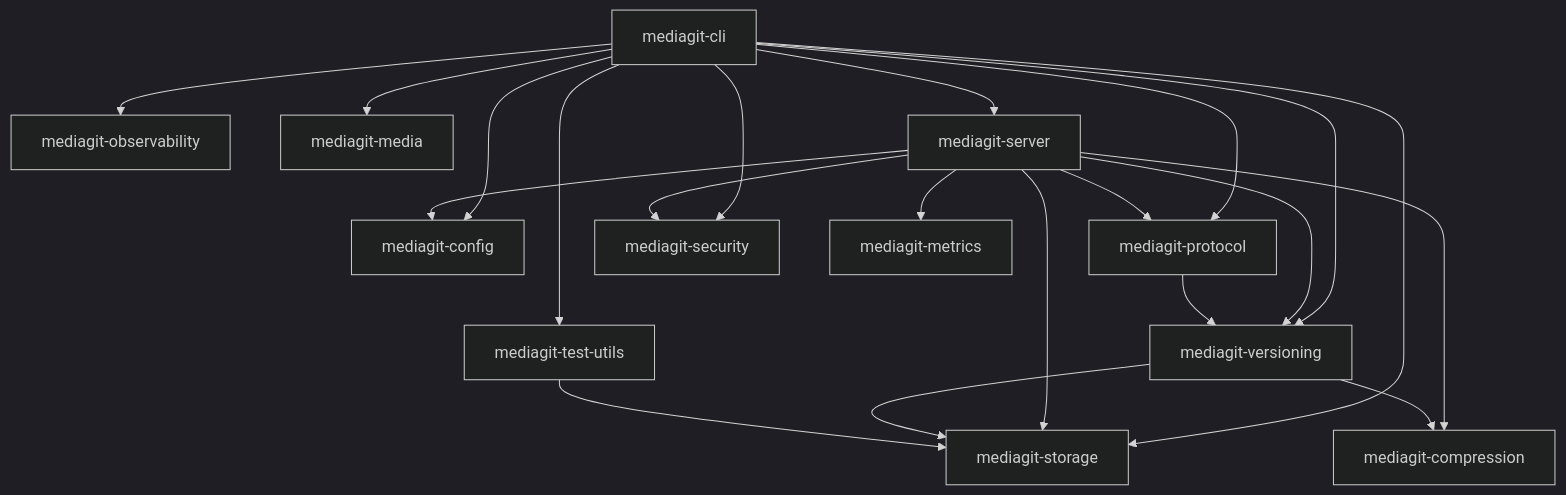
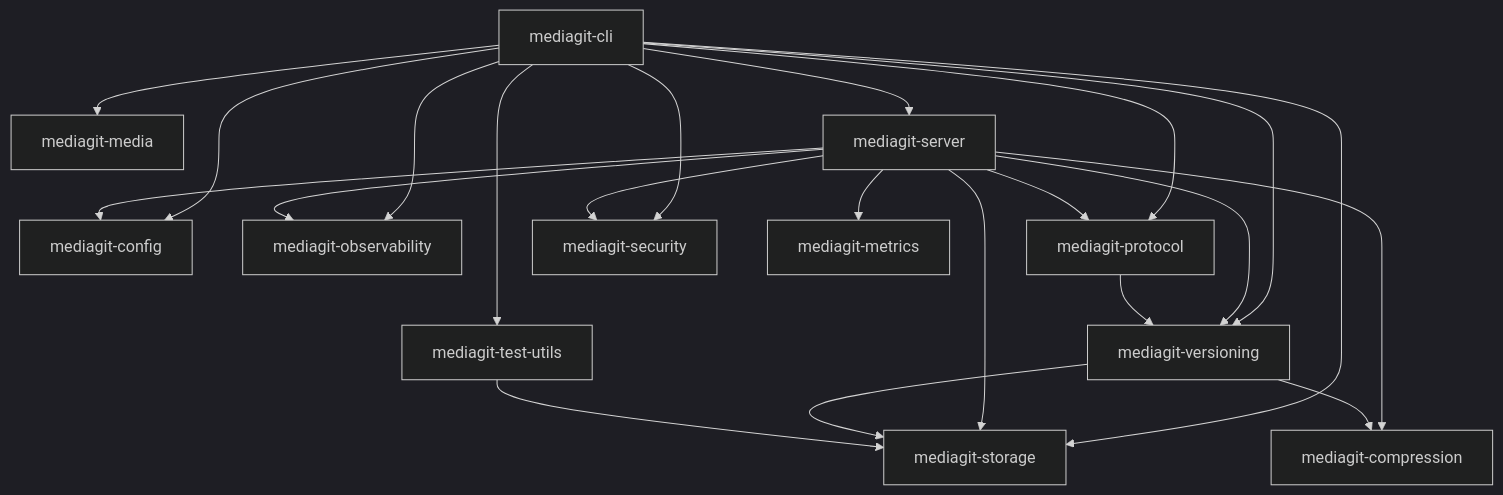
Before and after one commit to winnyboy5/mediagit-core: the second of 18 diagrams in ARCHITECTURE.md, drawn with Mermaid (dark theme). The commit also changed other lines of this file and 16 other files, not shown here.

````diff
--- a/ARCHITECTURE.md
+++ b/ARCHITECTURE.md
@@ -76,25 +76,26 @@
 ```mermaid
 graph TD
     CLI["mediagit-cli"] --> CFG["mediagit-config"]
     CLI --> STORE["mediagit-storage"]
     CLI --> VER["mediagit-versioning"]
     CLI --> OBS["mediagit-observability"]
     CLI --> PROTO["mediagit-protocol"]
     CLI --> MEDIA["mediagit-media"]
     CLI --> SEC["mediagit-security"]
     CLI --> TU["mediagit-test-utils"]
     CLI --> SRV["mediagit-server"]
 
     SRV --> PROTO
     SRV --> VER
     SRV --> COMP["mediagit-compression"]
     SRV --> STORE
     SRV --> CFG
     SRV --> SEC
     SRV --> MET["mediagit-metrics"]
+    SRV --> OBS
 
     PROTO --> VER
     VER --> STORE
     VER --> COMP
     TU --> STORE
 ```
````
